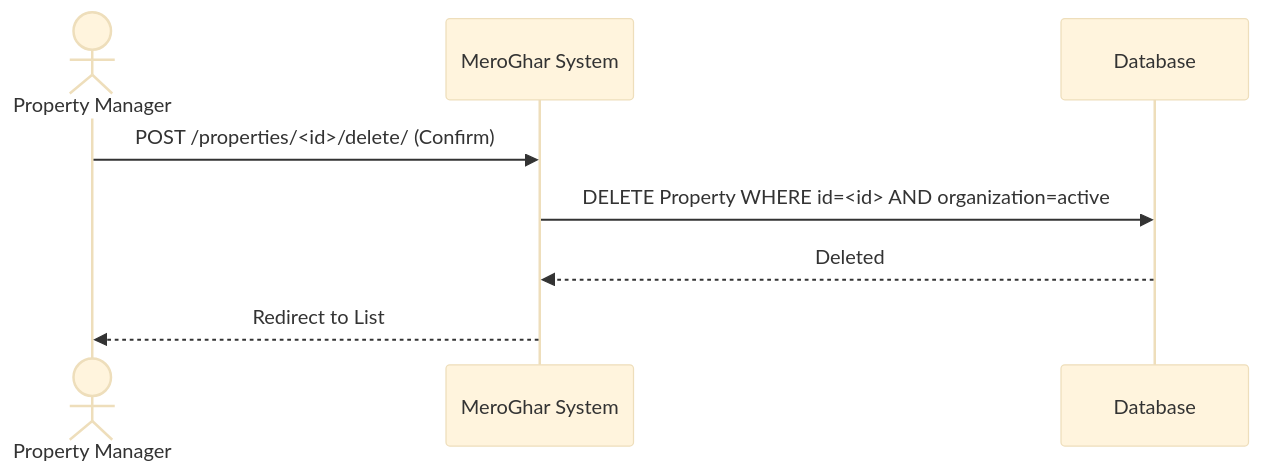
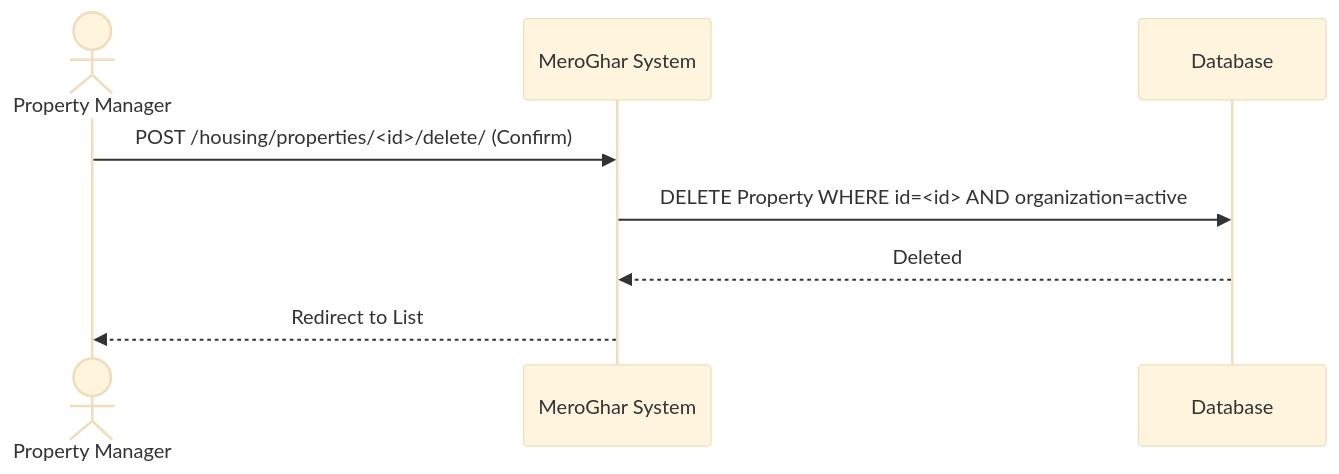
Before and after one commit to 0Ankit0/meroghar: the fourth of 4 diagrams in docs/workflows/property.md, drawn with Mermaid (base theme). The commit also changed other lines of this file and 10 other files, not shown here.

````diff
--- a/docs/workflows/property.md
+++ b/docs/workflows/property.md
@@ -109,11 +109,11 @@
 ```mermaid
 sequenceDiagram
     actor User as Property Manager
     participant System as MeroGhar System
     participant DB as Database
 
-    User->>System: POST /properties/<id>/delete/ (Confirm)
+    User->>System: POST /housing/properties/<id>/delete/ (Confirm)
     System->>DB: DELETE Property WHERE id=<id> AND organization=active
     DB-->>System: Deleted
     System-->>User: Redirect to List
 ```
````
